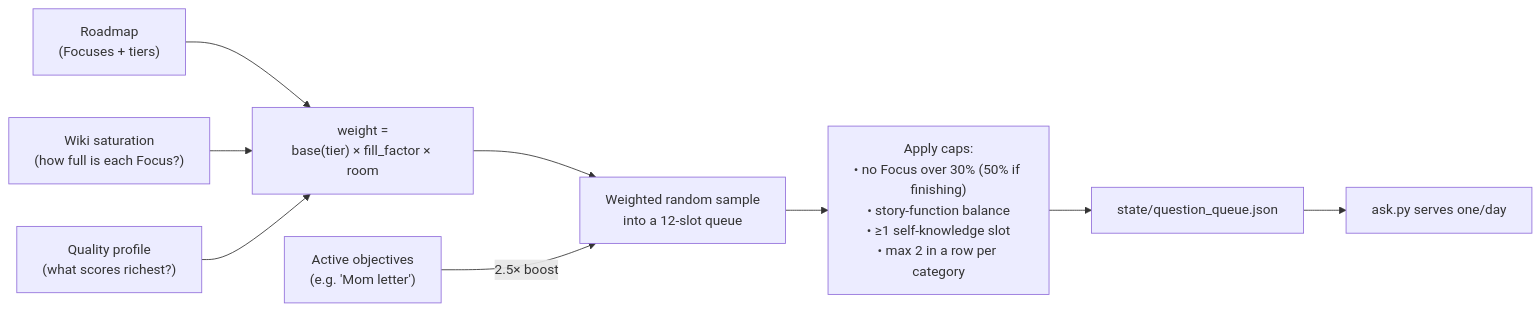
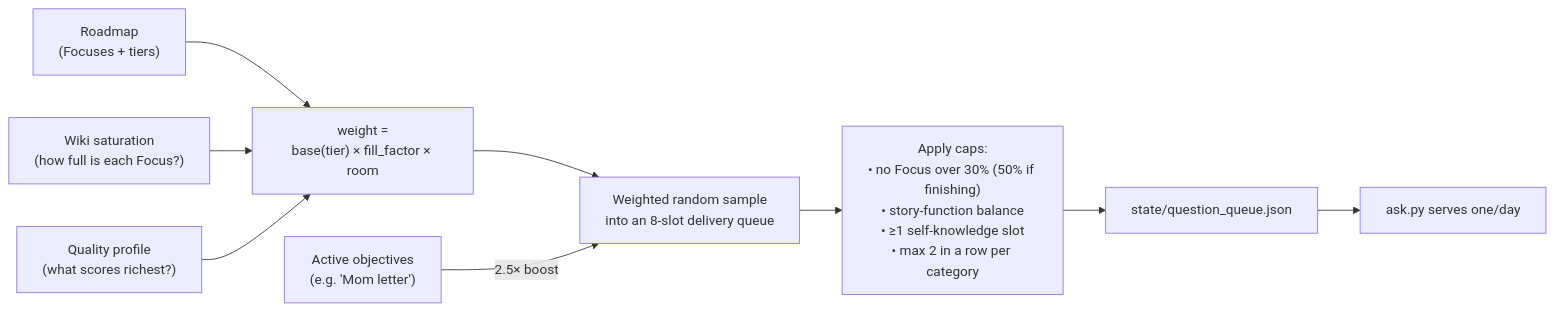
The third of 9 diagrams in README.md (lifehug/lifehug), drawn with Mermaid before and after one commit. The commit also changed other lines of this file and 6 other files, not shown here.

Commit message:
Make weekly planner queue match delivery horizon

````diff
--- a/README.md
+++ b/README.md
@@ -167,11 +165,11 @@
 ```mermaid
 flowchart LR
     RM["Roadmap<br/>(Focuses + tiers)"] --> W
     WIKI["Wiki saturation<br/>(how full is each Focus?)"] --> W
     QP["Quality profile<br/>(what scores richest?)"] --> W
     W["weight =<br/>base(tier) × fill_factor × room"] --> SAMPLE
     OBJ["Active objectives<br/>(e.g. 'Mom letter')"] -->|2.5× boost| SAMPLE
-    SAMPLE["Weighted random sample<br/>into a 12-slot queue"] --> CAPS
+    SAMPLE["Weighted random sample<br/>into an 8-slot delivery queue"] --> CAPS
     CAPS["Apply caps:<br/>• no Focus over 30% (50% if finishing)<br/>• story-function balance<br/>• ≥1 self-knowledge slot<br/>• max 2 in a row per category"] --> QUEUE["state/question_queue.json"]
     QUEUE --> ASK["ask.py serves one/day"]
 ```
````
